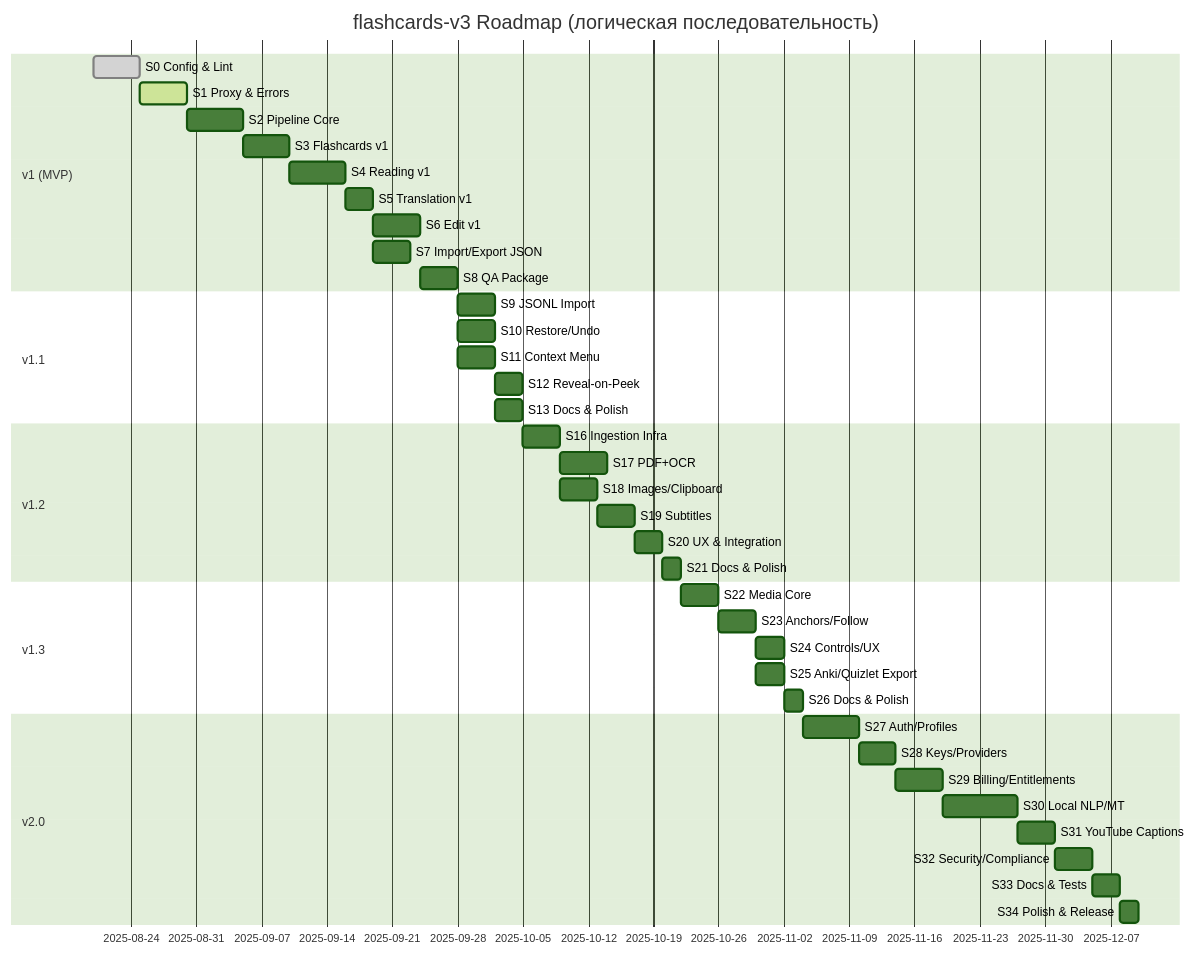
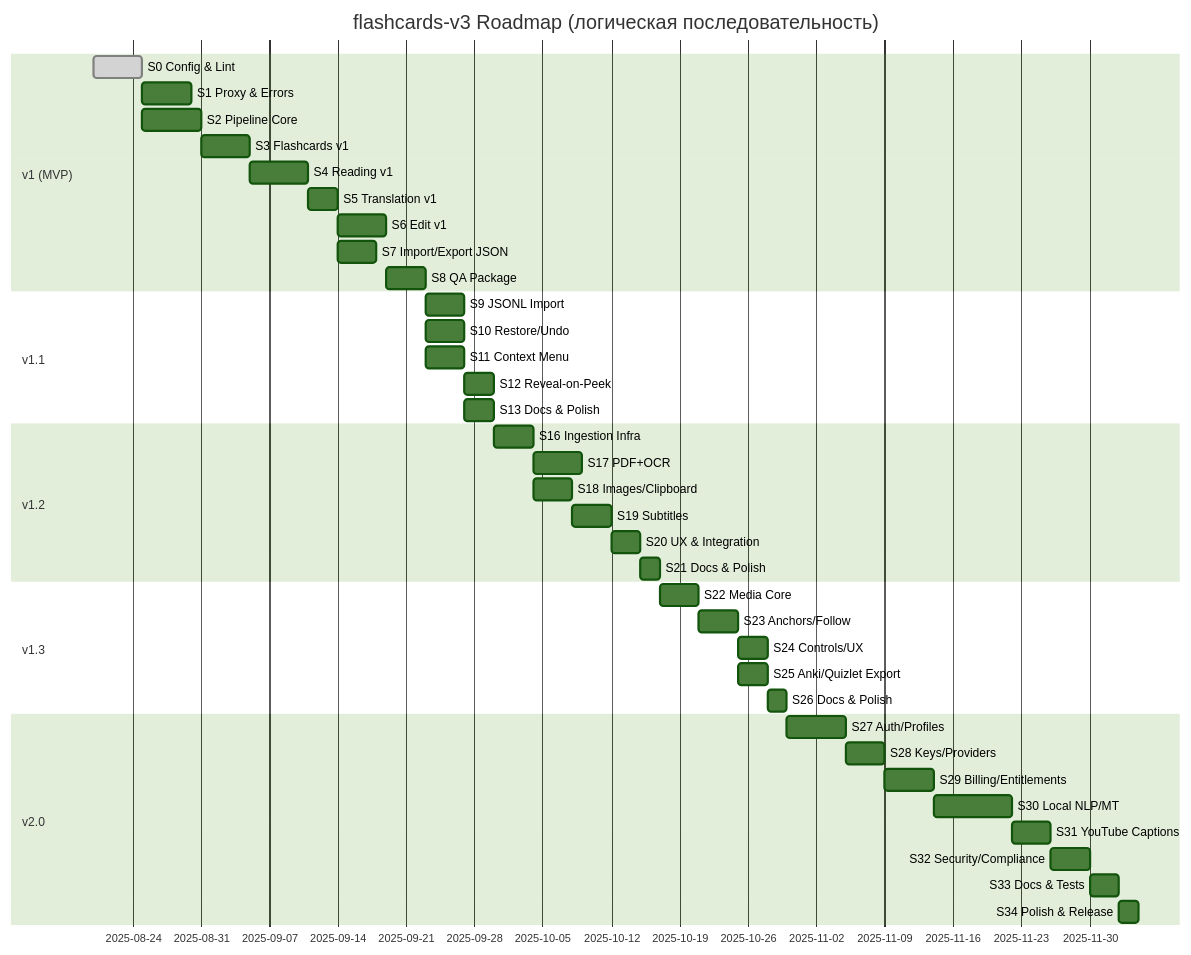
One commit to nn1k4/flashcards-v3 changed the diagram in doc/roadmap/roadmap.md. Above: the diagram before and after it, drawn with Mermaid (forest theme). The commit also changed 56 other files, not shown here.

````diff
--- a/doc/roadmap/roadmap.md
+++ b/doc/roadmap/roadmap.md
@@ -50,43 +50,43 @@
 ```mermaid
 gantt
 title flashcards-v3 Roadmap (логическая последовательность)
 dateFormat  YYYY-MM-DD
 section v1 (MVP)
 S0 Config & Lint           :done,   s0, 2025-08-20, 5d
-S1 Proxy & Errors          :active, s1, after s0, 5d
-S2 Pipeline Core           :        s2, after s1, 6d
+S1 Proxy & Errors          :        s1, after s0, 5d
+S2 Pipeline Core           :        s2, after s0, 6d
 S3 Flashcards v1           :        s3, after s2, 5d
 S4 Reading v1              :        s4, after s3, 6d
 S5 Translation v1          :        s5, after s4, 3d
 S6 Edit v1                 :        s6, after s5, 5d
 S7 Import/Export JSON      :        s7, after s5, 4d
 S8 QA Package              :        s8, after s6, 4d
 section v1.1
 S9 JSONL Import            :        s9,  after s8, 4d
 S10 Restore/Undo           :        s10, after s8, 4d
 S11 Context Menu           :        s11, after s8, 4d
 S12 Reveal-on-Peek         :        s12, after s11, 3d
 S13 Docs & Polish          :        s13, after s9,  3d
 section v1.2
 S16 Ingestion Infra        :        s16, after s13, 4d
 S17 PDF+OCR                :        s17, after s16, 5d
 S18 Images/Clipboard       :        s18, after s16, 4d
 S19 Subtitles              :        s19, after s18, 4d
 S20 UX & Integration       :        s20, after s19, 3d
 S21 Docs & Polish          :        s21, after s20, 2d
 section v1.3
 S22 Media Core             :        s22, after s21, 4d
 S23 Anchors/Follow         :        s23, after s22, 4d
 S24 Controls/UX            :        s24, after s23, 3d
 S25 Anki/Quizlet Export    :        s25, after s23, 3d
 S26 Docs & Polish          :        s26, after s25, 2d
 section v2.0
 S27 Auth/Profiles          :        s27, after s26, 6d
 S28 Keys/Providers         :        s28, after s27, 4d
 S29 Billing/Entitlements   :        s29, after s28, 5d
 S30 Local NLP/MT           :        s30, after s29, 8d
 S31 YouTube Captions       :        s31, after s30, 4d
 S32 Security/Compliance    :        s32, after s31, 4d
 S33 Docs & Tests           :        s33, after s32, 3d
 S34 Polish & Release       :        s34, after s33, 2d
 ```
````
